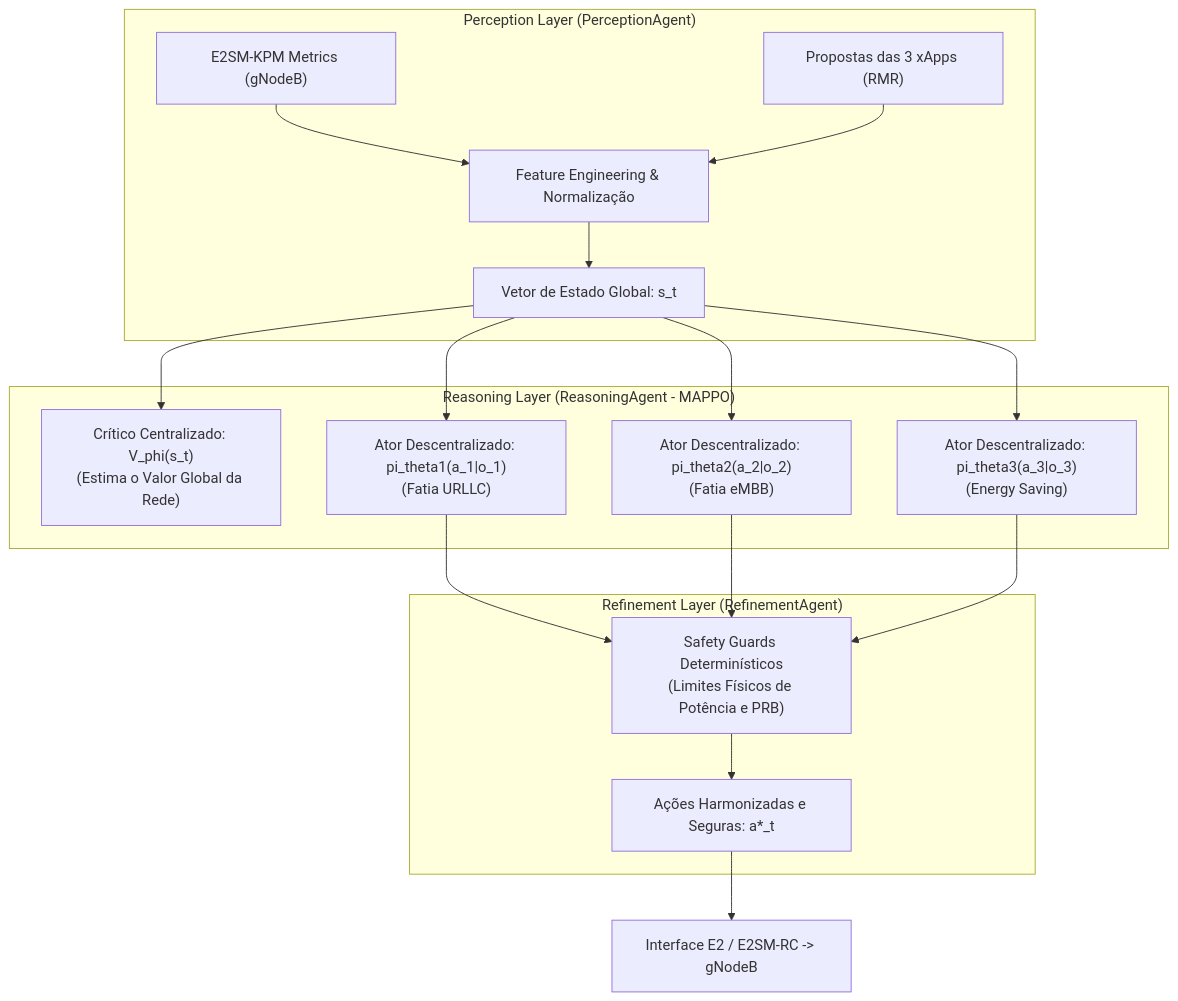
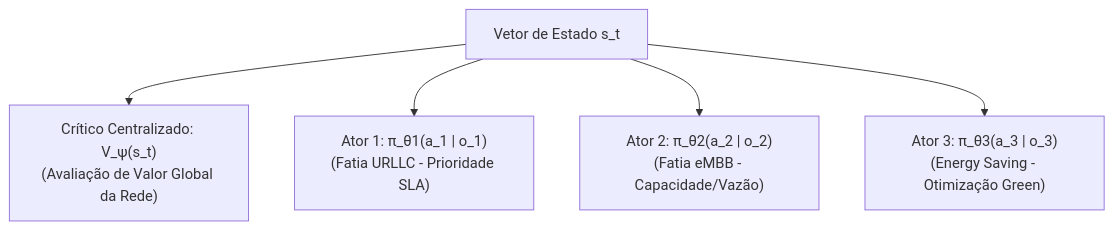
The second of 3 diagrams in docs/01_arquitetura_e_modelagem_matematica.md (georgebarbosa3090/XApp-RDL-F2), drawn with Mermaid before and after one commit. The commit also changed other lines of this file and 4 other files, not shown here.

Commit message:
docs: decouple architecture diagrams and fix all KaTeX/Markdown mathematical rendering errors

````diff
--- a/docs/01_arquitetura_e_modelagem_matematica.md
+++ b/docs/01_arquitetura_e_modelagem_matematica.md
@@ -14,24 +25,7 @@
 ```mermaid
-graph TD
-    subgraph "Perception Layer (PerceptionAgent)"
-        E2["E2SM-KPM Metrics (gNodeB)"] --> FE["Feature Engineering & Normalização"]
-        XAPP_IN["Propostas das 3 xApps (RMR)"] --> FE
-        FE --> S_T["Vetor de Estado Global: s_t"]
-    end
-
-    subgraph "Reasoning Layer (ReasoningAgent - MAPPO)"
-        S_T --> CRITIC["Crítico Centralizado: V_phi(s_t)<br/>(Estima o Valor Global da Rede)"]
-        S_T --> ACT_URLLC["Ator Descentralizado: pi_theta1(a_1|o_1)<br/>(Fatia URLLC)"]
-        S_T --> ACT_EMBB["Ator Descentralizado: pi_theta2(a_2|o_2)<br/>(Fatia eMBB)"]
-        S_T --> ACT_ES["Ator Descentralizado: pi_theta3(a_3|o_3)<br/>(Energy Saving)"]
-    end
-
-    subgraph "Refinement Layer (RefinementAgent)"
-        ACT_URLLC --> SG["Safety Guards Determinísticos<br/>(Limites Físicos de Potência e PRB)"]
-        ACT_EMBB --> SG
-        ACT_ES --> SG
-        SG --> HARMONIZED["Ações Harmonizadas e Seguras: a*_t"]
-    end
-
-    HARMONIZED --> E2_OUT["Interface E2 / E2SM-RC -> gNodeB"]
+flowchart TD
+    S_T["Vetor de Estado s_t"] --> CRITIC["Crítico Centralizado: V_ψ(s_t)<br/>(Avaliação de Valor Global da Rede)"]
+    S_T --> ACT_URLLC["Ator 1: π_θ1(a_1 | o_1)<br/>(Fatia URLLC - Prioridade SLA)"]
+    S_T --> ACT_EMBB["Ator 2: π_θ2(a_2 | o_2)<br/>(Fatia eMBB - Capacidade/Vazão)"]
+    S_T --> ACT_ES["Ator 3: π_θ3(a_3 | o_3)<br/>(Energy Saving - Otimização Green)"]
 ```
````
